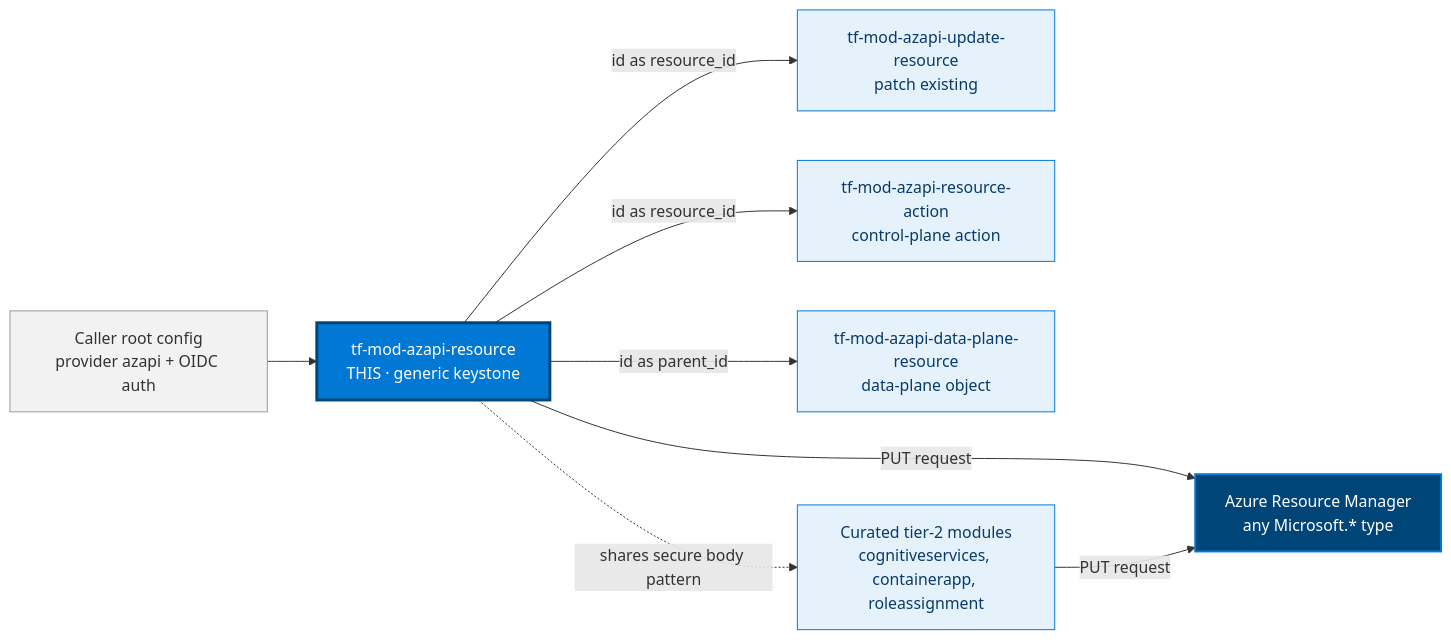
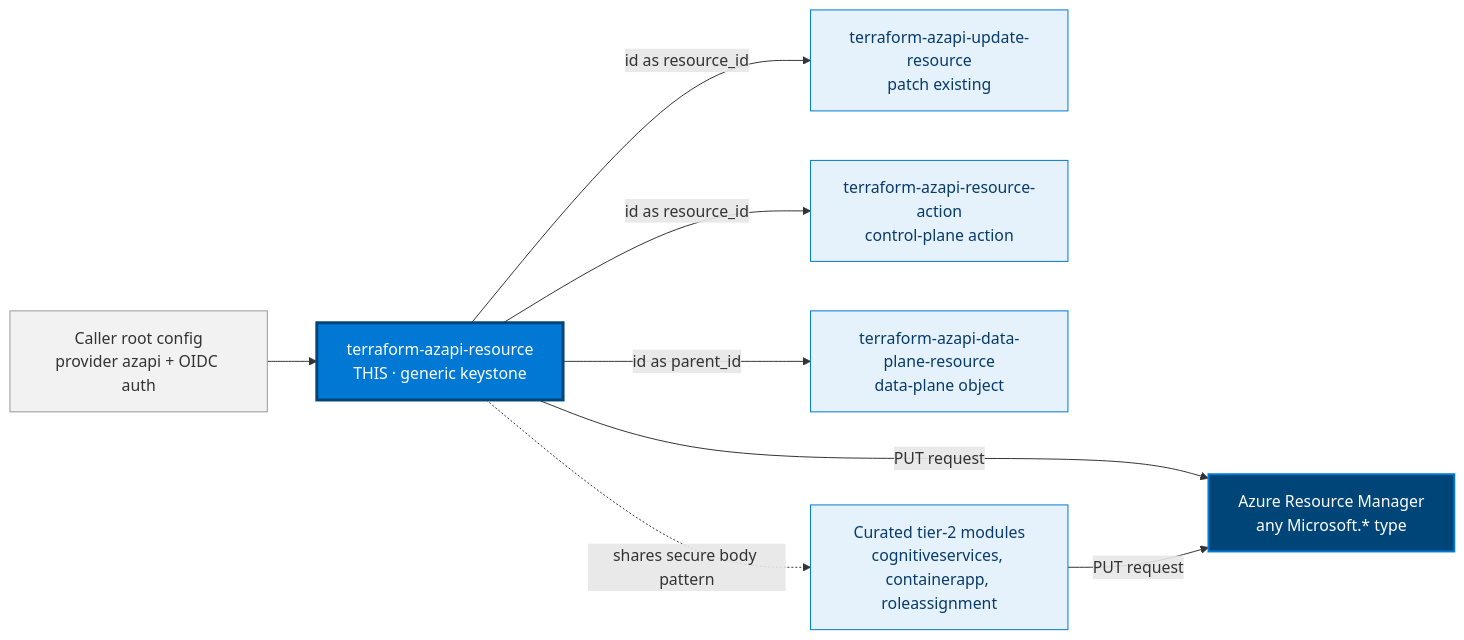
The first of 2 diagrams in README.md (microsoftexpert/terraform-azapi-resource), drawn with Mermaid before and after one commit. The commit also changed other lines of this file and 2 other files, not shown here.

````diff
--- a/README.md
+++ b/README.md
@@ -76,21 +76,21 @@
 ```mermaid
 flowchart LR
  caller["Caller root config<br/>provider azapi + OIDC auth"]:::ext
- res["tf-mod-azapi-resource<br/>THIS · generic keystone"]:::this
- upd["tf-mod-azapi-update-resource<br/>patch existing"]:::sib
- act["tf-mod-azapi-resource-action<br/>control-plane action"]:::sib
- dp["tf-mod-azapi-data-plane-resource<br/>data-plane object"]:::sib
+ res["terraform-azapi-resource<br/>THIS · generic keystone"]:::this
+ upd["terraform-azapi-update-resource<br/>patch existing"]:::sib
+ act["terraform-azapi-resource-action<br/>control-plane action"]:::sib
+ dp["terraform-azapi-data-plane-resource<br/>data-plane object"]:::sib
  tier2["Curated tier-2 modules<br/>cognitiveservices, containerapp, roleassignment"]:::sib
  arm["Azure Resource Manager<br/>any Microsoft.* type"]:::keystone
  caller --> res
  res -->|"id as resource_id"| upd
  res -->|"id as resource_id"| act
  res -->|"id as parent_id"| dp
  res -. "shares secure body pattern".-> tier2
  res -->|"PUT request"| arm
  tier2 -->|"PUT request"| arm
  classDef this fill:#0078D4,color:#fff,stroke:#004578,stroke-width:3px;
  classDef keystone fill:#004578,color:#fff,stroke:#0078D4,stroke-width:2px;
  classDef sib fill:#E6F2FB,color:#073B6B,stroke:#0078D4,stroke-width:1px;
  classDef ext fill:#f2f2f2,color:#333333,stroke:#999999,stroke-width:1px;
 ```
````
